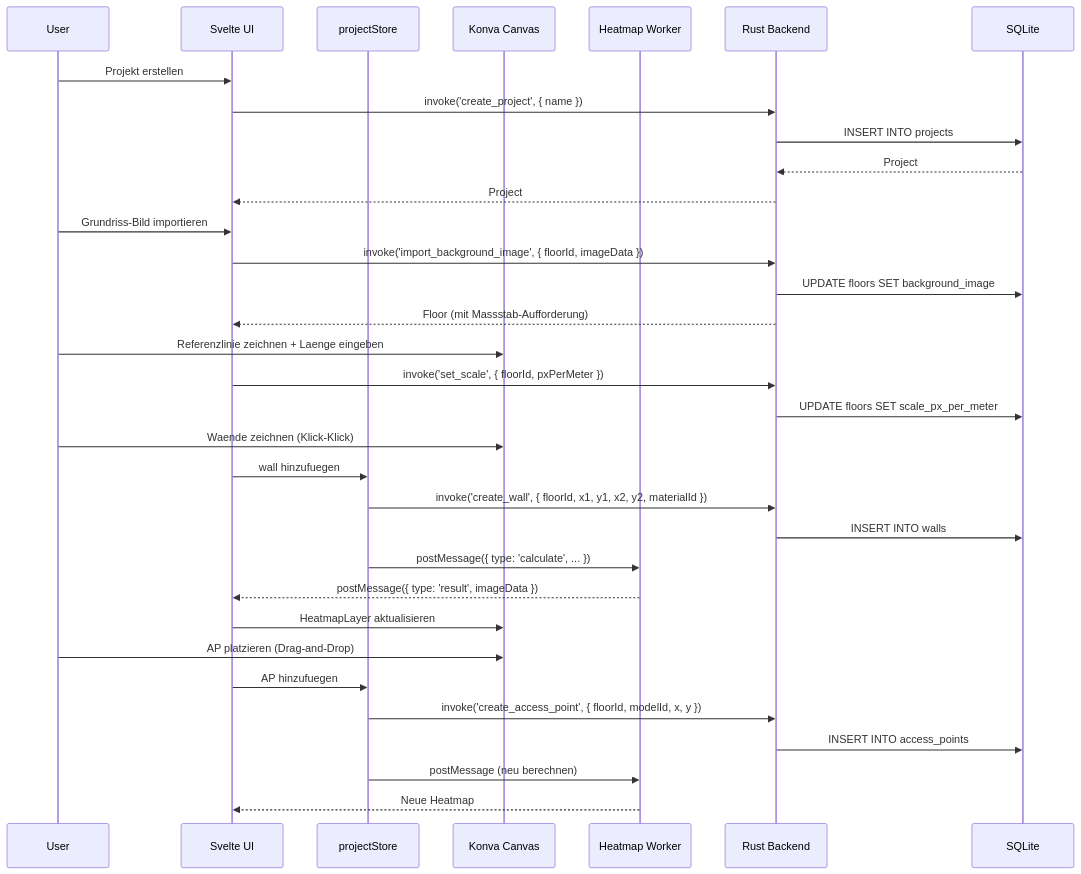
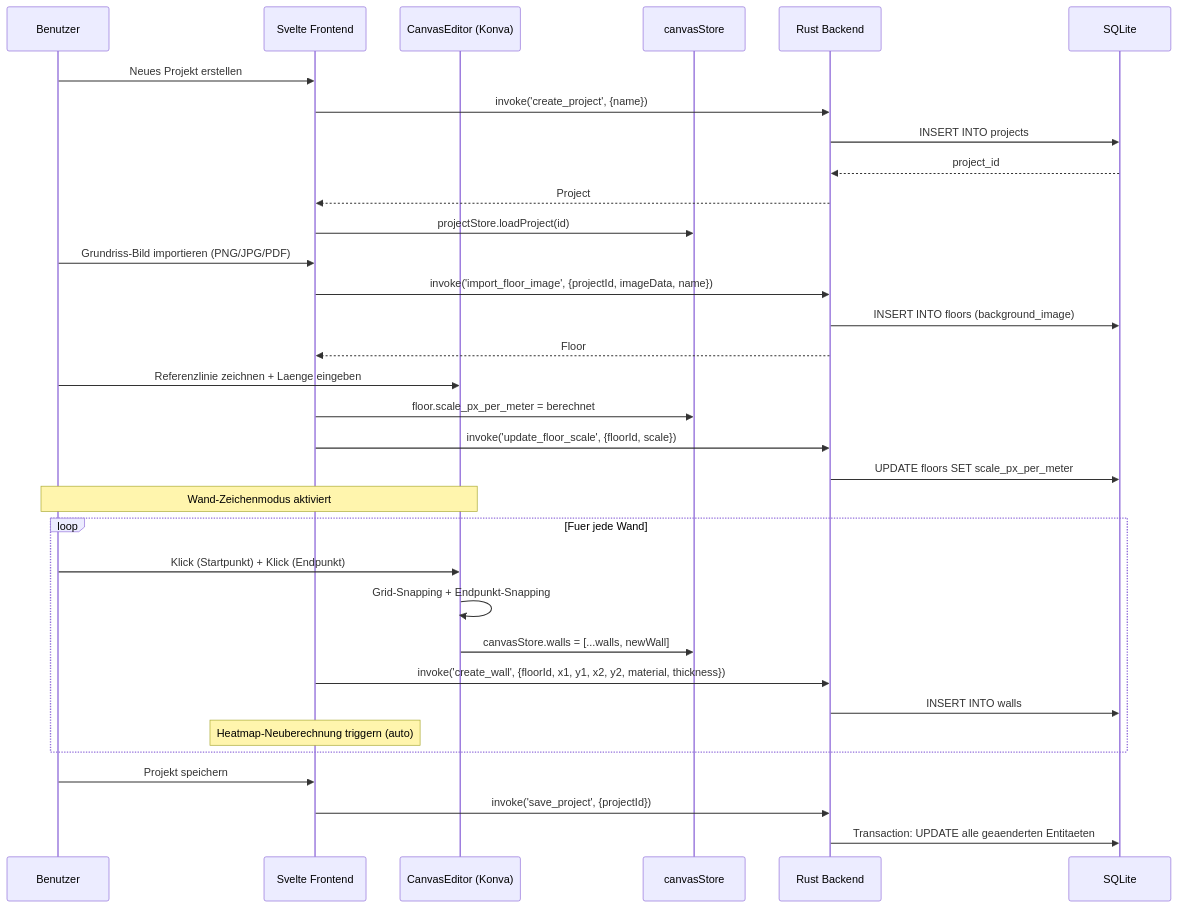
The ninth of 15 diagrams in docs/architecture/Architektur.md (8chM/wlan-optimizer), drawn with Mermaid before and after one commit. The commit also changed other lines of this file and 90 other files, not shown here.

````diff
--- a/docs/architecture/Architektur.md
+++ b/docs/architecture/Architektur.md
@@ -1214,40 +994,41 @@
 ```mermaid
 sequenceDiagram
-    participant User
-    participant UI as Svelte UI
-    participant Store as projectStore
-    participant Canvas as Konva Canvas
-    participant Worker as Heatmap Worker
-    participant Backend as Rust Backend
+    participant U as Benutzer
+    participant FE as Svelte Frontend
+    participant C as CanvasEditor (Konva)
+    participant S as canvasStore
+    participant BE as Rust Backend
     participant DB as SQLite
 
-    User->>UI: Projekt erstellen
-    UI->>Backend: invoke('create_project', { name })
-    Backend->>DB: INSERT INTO projects
-    DB-->>Backend: Project
-    Backend-->>UI: Project
+    U->>FE: Neues Projekt erstellen
+    FE->>BE: invoke('create_project', {name})
+    BE->>DB: INSERT INTO projects
+    DB-->>BE: project_id
+    BE-->>FE: Project
+    FE->>S: projectStore.loadProject(id)
 
-    User->>UI: Grundriss-Bild importieren
-    UI->>Backend: invoke('import_background_image', { floorId, imageData })
-    Backend->>DB: UPDATE floors SET background_image
-    Backend-->>UI: Floor (mit Massstab-Aufforderung)
+    U->>FE: Grundriss-Bild importieren (PNG/JPG/PDF)
+    FE->>BE: invoke('import_floor_image', {projectId, imageData, name})
+    BE->>DB: INSERT INTO floors (background_image)
+    BE-->>FE: Floor
 
-    User->>Canvas: Referenzlinie zeichnen + Laenge eingeben
-    UI->>Backend: invoke('set_scale', { floorId, pxPerMeter })
-    Backend->>DB: UPDATE floors SET scale_px_per_meter
+    U->>C: Referenzlinie zeichnen + Laenge eingeben
+    FE->>S: floor.scale_px_per_meter = berechnet
+    FE->>BE: invoke('update_floor_scale', {floorId, scale})
+    BE->>DB: UPDATE floors SET scale_px_per_meter
 
-    User->>Canvas: Waende zeichnen (Klick-Klick)
-    UI->>Store: wall hinzufuegen
-    Store->>Backend: invoke('create_wall', { floorId, x1, y1, x2, y2, materialId })
-    Backend->>DB: INSERT INTO walls
-    Store->>Worker: postMessage({ type: 'calculate', ... })
-    Worker-->>UI: postMessage({ type: 'result', imageData })
-    UI->>Canvas: HeatmapLayer aktualisieren
+    Note over U,C: Wand-Zeichenmodus aktiviert
 
-    User->>Canvas: AP platzieren (Drag-and-Drop)
-    UI->>Store: AP hinzufuegen
-    Store->>Backend: invoke('create_access_point', { floorId, modelId, x, y })
-    Backend->>DB: INSERT INTO access_points
-    Store->>Worker: postMessage (neu berechnen)
-    Worker-->>UI: Neue Heatmap
+    loop Fuer jede Wand
+        U->>C: Klick (Startpunkt) + Klick (Endpunkt)
+        C->>C: Grid-Snapping + Endpunkt-Snapping
+        C->>S: canvasStore.walls = [...walls, newWall]
+        FE->>BE: invoke('create_wall', {floorId, x1, y1, x2, y2, material, thickness})
+        BE->>DB: INSERT INTO walls
+        Note over FE: Heatmap-Neuberechnung triggern (auto)
+    end
+
+    U->>FE: Projekt speichern
+    FE->>BE: invoke('save_project', {projectId})
+    BE->>DB: Transaction: UPDATE alle geaenderten Entitaeten
 ```
````
